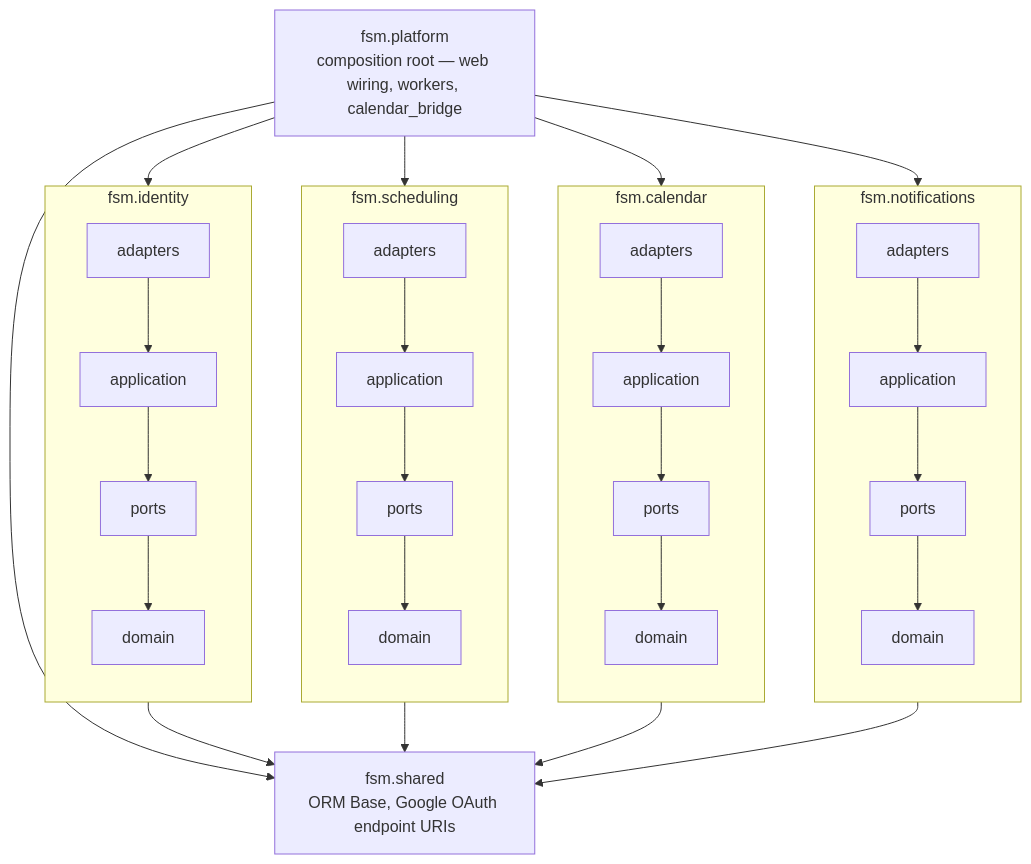
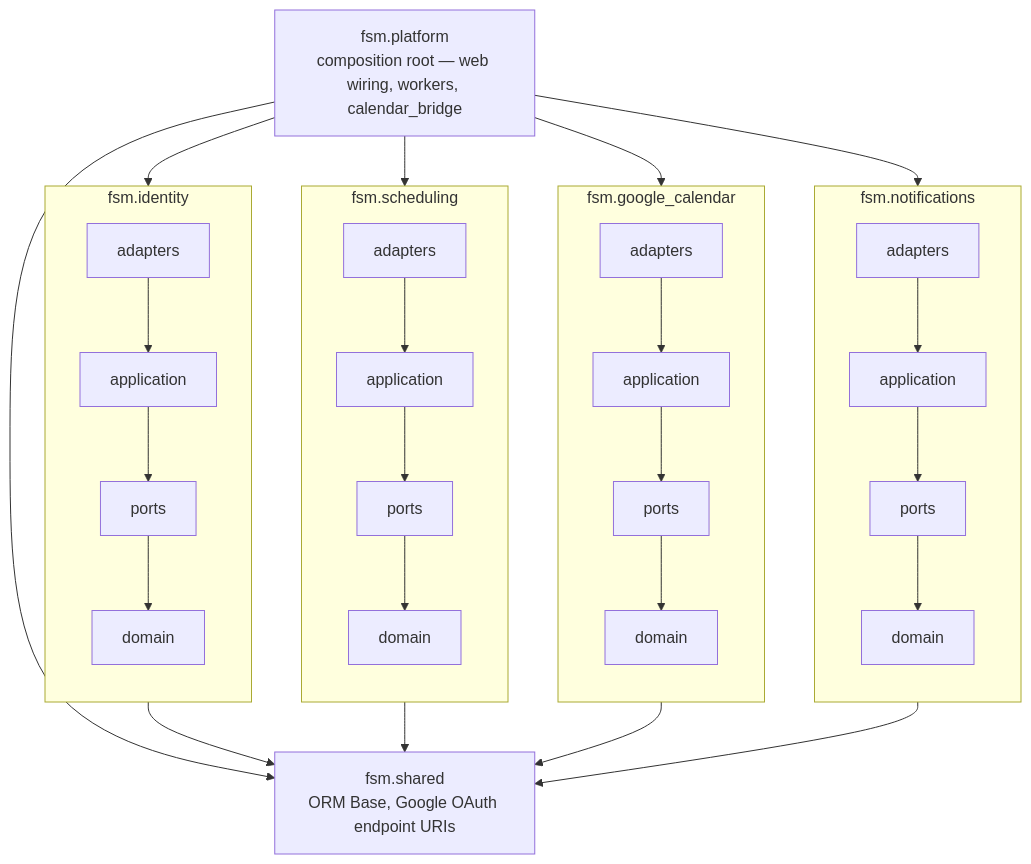
One commit to erancha/field-service-management changed the diagram in README.md. Above: the diagram before and after it, drawn with Mermaid. The commit also changed other lines of this file and 51 other files, not shown here.

First line of the commit message:
Rename calendar context to google_calendar to reflect its Google integration role

````diff
--- a/README.md
+++ b/README.md
@@ -148,37 +148,37 @@
 ```mermaid
 flowchart TD
     platform["fsm.platform<br/>composition root — web wiring, workers, calendar_bridge"]
 
     subgraph notifications["fsm.notifications"]
         direction TB
         n_adapters[adapters] --> n_application[application] --> n_ports[ports] --> n_domain[domain]
     end
 
-    subgraph calendar["fsm.calendar"]
+    subgraph google_calendar["fsm.google_calendar"]
         direction TB
         c_adapters[adapters] --> c_application[application] --> c_ports[ports] --> c_domain[domain]
     end
 
     subgraph scheduling["fsm.scheduling"]
         direction TB
         s_adapters[adapters] --> s_application[application] --> s_ports[ports] --> s_domain[domain]
     end
 
     subgraph identity["fsm.identity"]
         direction TB
         i_adapters[adapters] --> i_application[application] --> i_ports[ports] --> i_domain[domain]
     end
 
     shared["fsm.shared<br/>ORM Base, Google OAuth endpoint URIs"]
 
     platform --> notifications
-    platform --> calendar
+    platform --> google_calendar
     platform --> scheduling
     platform --> identity
     platform --> shared
 
     n_adapters --> shared
     c_adapters --> shared
     s_adapters --> shared
     i_adapters --> shared
 ```
````
